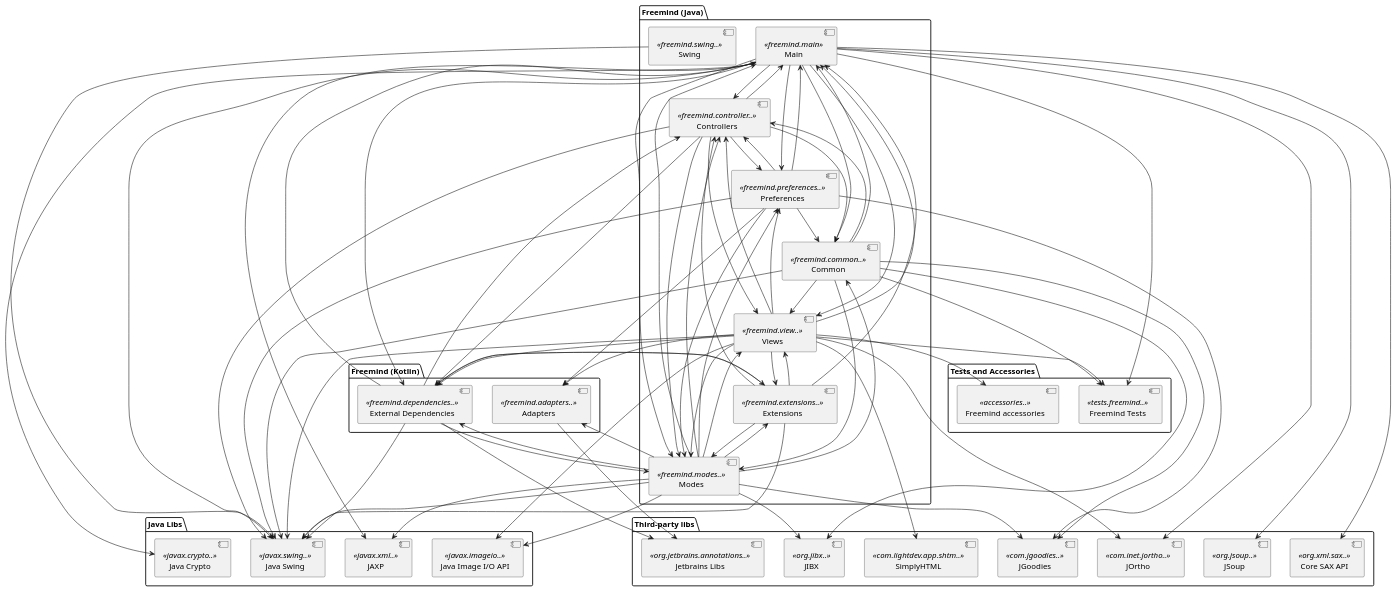
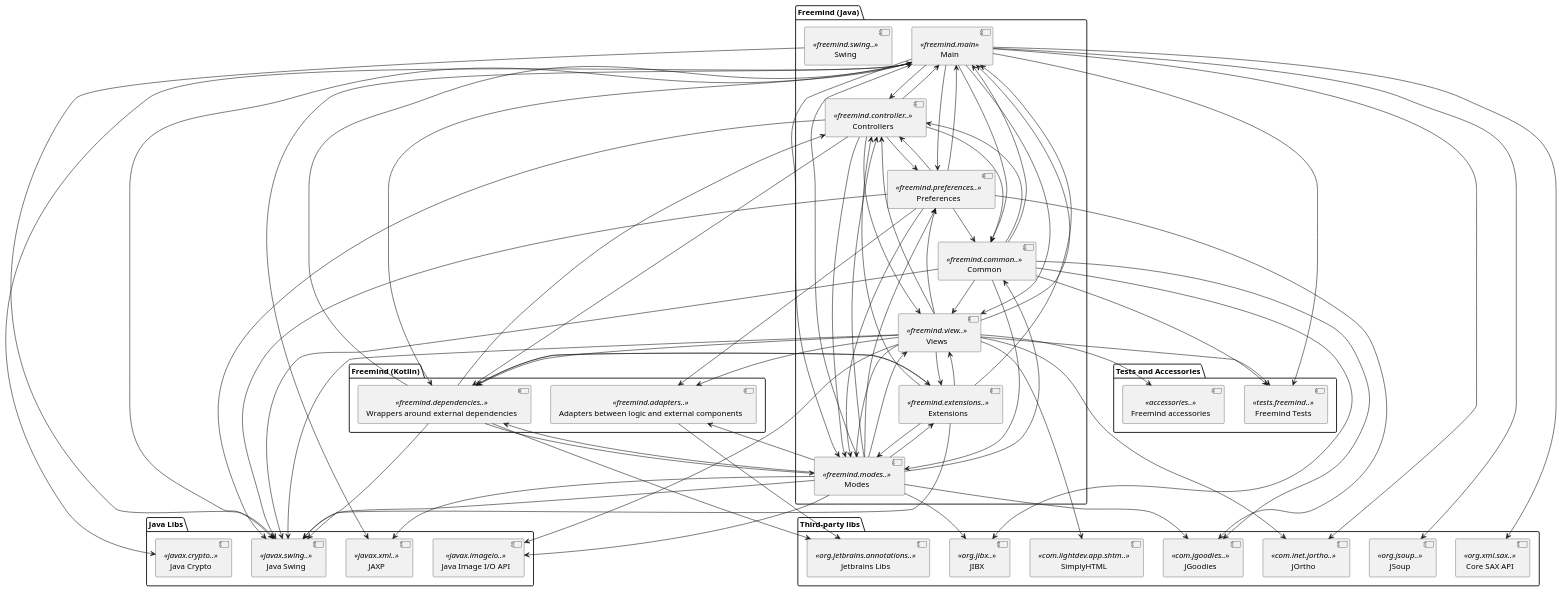
One commit to d4span/freemind-old changed the diagram in uml/Freemind.puml. Above: the diagram before and after it, drawn with PlantUML.

Commit message:
Small UML refactorings.

```diff
--- a/uml/Freemind.puml
+++ b/uml/Freemind.puml
@@ -1,126 +1,126 @@
 @startuml Freemind
 
 package "Freemind (Java)" {
     [Main] <<freemind.main>>
     [Controllers] <<freemind.controller..>>
     [Modes] <<freemind.modes..>>
     [Views] <<freemind.view..>>
     [Common] <<freemind.common..>>
     [Preferences] <<freemind.preferences..>>
     [Extensions] <<freemind.extensions..>>
     [Swing] <<freemind.swing..>>
 }
 
 package "Freemind (Kotlin)" {
-    [Adapters] <<freemind.adapters..>>
-    [External Dependencies] <<freemind.dependencies..>>
+    [Adapters between logic and external components] <<freemind.adapters..>>
+    [Wrappers around external dependencies] <<freemind.dependencies..>>
 }
 
 package "Tests and Accessories" {
     [Freemind Tests] <<tests.freemind..>>
     [Freemind accessories] <<accessories..>>
 }
 
 package "Java Libs" {
     [Java Swing] <<javax.swing..>>
     [JAXP] <<javax.xml..>>
     [Java Crypto] <<javax.crypto..>>
     [Java Image I/O API] <<javax.imageio..>>
 }
 
 package "Third-party libs" {
     [JSoup] <<org.jsoup..>>
     [JOrtho] <<com.inet.jortho..>>
     [SimplyHTML] <<com.lightdev.app.shtm..>>
     [JIBX] <<org.jibx..>>
     [JGoodies] <<com.jgoodies..>>
     [Core SAX API] <<org.xml.sax..>>
     [Jetbrains Libs] <<org.jetbrains.annotations..>>
 }
 
 [Swing] --> [Java Swing]
 
 [Common] --> [Main]
 [Common] --> [Modes]
 [Common] --> [Controllers]
 [Common] --> [Views]
 [Common] --> [Freemind Tests]
 [Common] --> [Java Swing]
 [Common] --> [JIBX]
 [Common] --> [JGoodies]
 
 [Controllers] --> [Views]
 [Controllers] --> [Common]
 [Controllers] --> [Main]
 [Controllers] --> [Modes]
-[Controllers] --> [External Dependencies]
+[Controllers] --> [Wrappers around external dependencies]
 [Controllers] --> [Preferences]
 [Controllers] --> [Java Swing]
 
 [Extensions] --> [Main]
 [Extensions] --> [Views]
 [Extensions] --> [Controllers]
-[Extensions] --> [External Dependencies]
+[Extensions] --> [Wrappers around external dependencies]
 [Extensions] --> [Modes]
 [Extensions] --> [Java Swing]
 
 [Views] --> [Controllers]
 [Views] --> [Extensions]
 [Views] --> [Freemind accessories]
 [Views] --> [Freemind Tests]
-[Views] --> [External Dependencies]
-[Views] --> [Adapters]
+[Views] --> [Wrappers around external dependencies]
+[Views] --> [Adapters between logic and external components]
 [Views] --> [Java Swing]
 [Views] --> [Java Image I/O API]
 [Views] --> [Modes]
 [Views] --> [Main]
 [Views] --> [Preferences]
 [Views] --> [JOrtho]
 [Views] --> [SimplyHTML]
 
 [Preferences] --> [Common]
 [Preferences] --> [Main]
 [Preferences] --> [Modes]
-[Preferences] --> [Adapters]
+[Preferences] --> [Adapters between logic and external components]
 [Preferences] --> [JGoodies]
 [Preferences] --> [Controllers]
 [Preferences] --> [Java Swing]
 
 [Modes] --> [Preferences]
 [Modes] --> [Controllers]
 [Modes] --> [Views]
 [Modes] --> [Main]
-[Modes] --> [External Dependencies]
-[Modes] --> [Adapters]
+[Modes] --> [Wrappers around external dependencies]
+[Modes] --> [Adapters between logic and external components]
 [Modes] --> [Extensions]
 [Modes] --> [Common]
 [Modes] --> [Java Swing]
 [Modes] --> [JAXP]
 [Modes] --> [JIBX]
 [Modes] --> [Java Image I/O API]
 [Modes] --> [JGoodies]
 
 [Main] --> [Preferences]
 [Main] --> [Common]
 [Main] --> [Views]
 [Main] --> [Controllers]
 [Main] --> [Modes]
-[Main] --> [External Dependencies]
+[Main] --> [Wrappers around external dependencies]
 [Main] --> [Java Swing]
 [Main] --> [JSoup]
 [Main] --> [JAXP]
 [Main] --> [Java Crypto]
 [Main] --> [JOrtho]
 [Main] --> [Core SAX API]
 [Main] --> [Freemind Tests]
 
-[Adapters] --> [Jetbrains Libs]
+[Adapters between logic and external components] --> [Jetbrains Libs]
 
-[External Dependencies] --> [Modes]
-[External Dependencies] --> [Controllers]
-[External Dependencies] --> [Main]
-[External Dependencies] --> [Extensions]
-[External Dependencies] --> [Jetbrains Libs]
-[External Dependencies] --> [Java Swing]
+[Wrappers around external dependencies] --> [Modes]
+[Wrappers around external dependencies] --> [Controllers]
+[Wrappers around external dependencies] --> [Main]
+[Wrappers around external dependencies] --> [Extensions]
+[Wrappers around external dependencies] --> [Jetbrains Libs]
+[Wrappers around external dependencies] --> [Java Swing]
 
 @enduml
```
